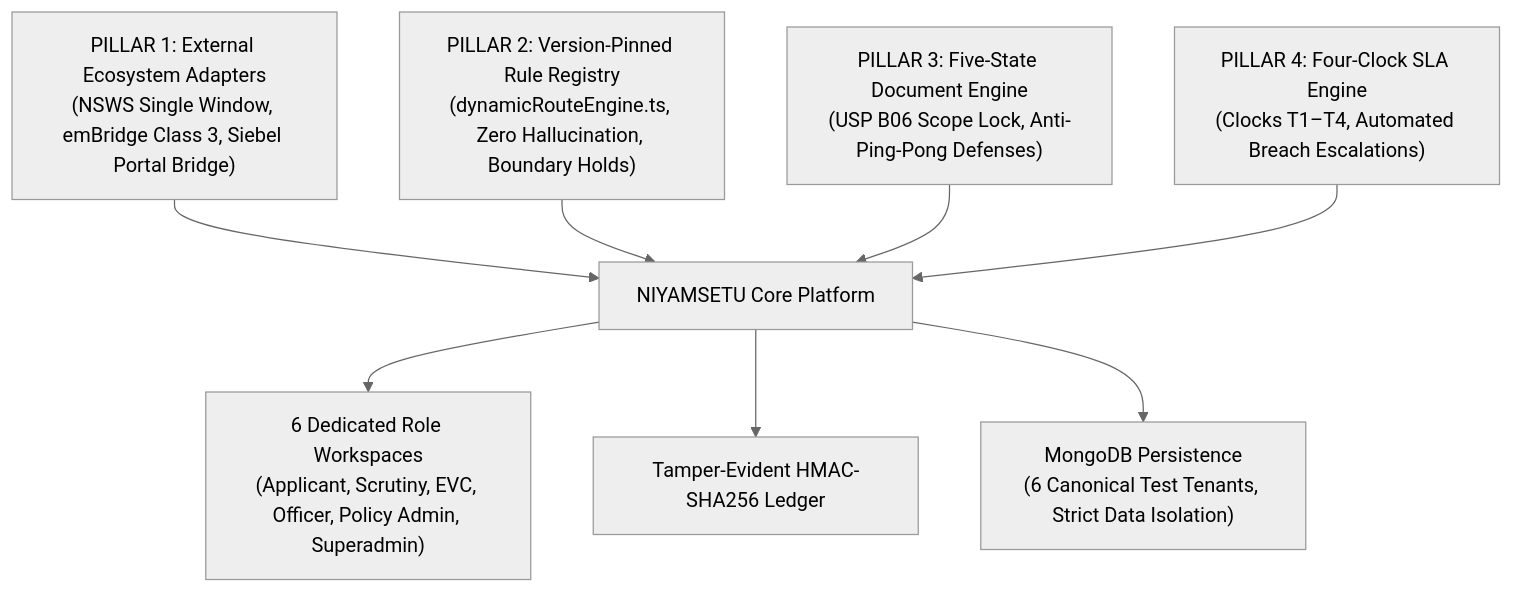
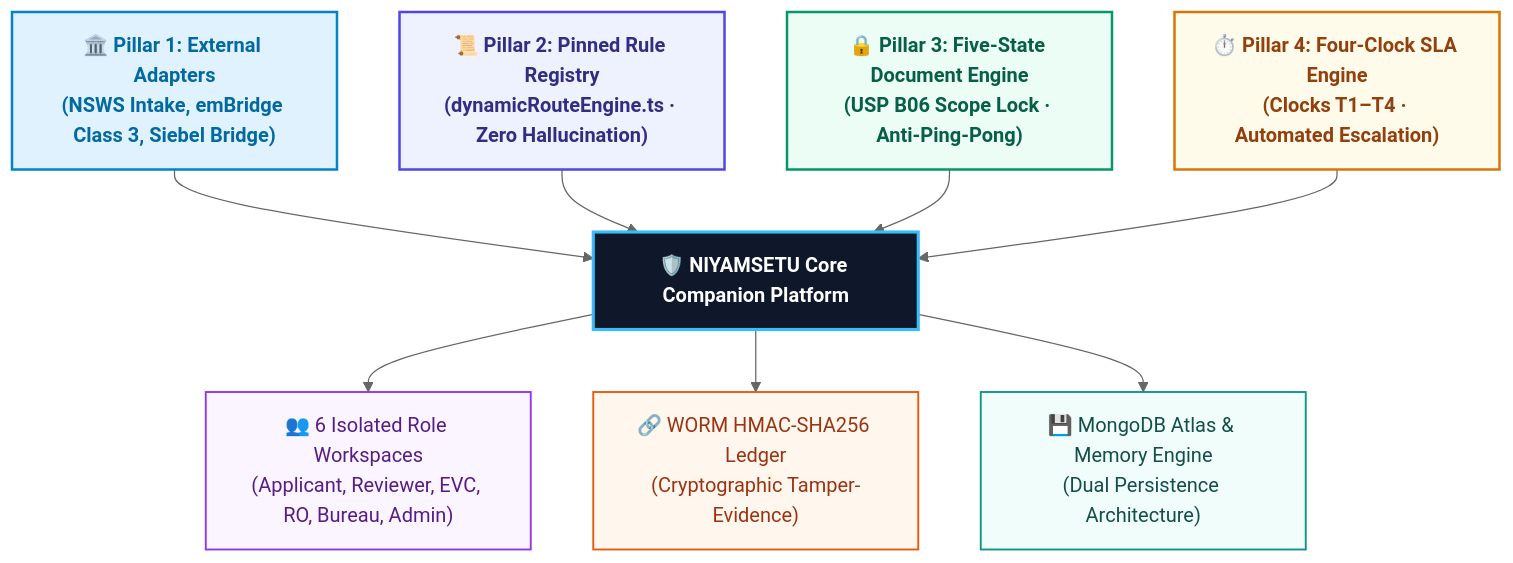
One commit to Parth-Chavan-15/SIH-2026-AICTE changed the first of 4 diagrams in README.md. Above: the diagram before and after it, drawn with Mermaid (neutral theme). The commit also changed other lines of this file and 11 other files, not shown here.

Commit message:
docs: regenerate canonical specifications, verification dossier, and finalize README with click-to-view diagrams

````diff
--- a/README.md
+++ b/README.md
@@ -96,16 +109,25 @@
 ```mermaid
 flowchart TD
-    P1["PILLAR 1: External Ecosystem Adapters\n(NSWS Single Window, emBridge Class 3, Siebel Portal Bridge)"]
-    P2["PILLAR 2: Version-Pinned Rule Registry\n(dynamicRouteEngine.ts, Zero Hallucination, Boundary Holds)"]
-    P3["PILLAR 3: Five-State Document Engine\n(USP B06 Scope Lock, Anti-Ping-Pong Defenses)"]
-    P4["PILLAR 4: Four-Clock SLA Engine\n(Clocks T1–T4, Automated Breach Escalations)"]
+    classDef p1 fill:#E0F2FE,stroke:#0284C7,stroke-width:2px,color:#0369A1,font-weight:bold;
+    classDef p2 fill:#EEF2FF,stroke:#4F46E5,stroke-width:2px,color:#312E81,font-weight:bold;
+    classDef p3 fill:#ECFDF5,stroke:#059669,stroke-width:2px,color:#065F46,font-weight:bold;
+    classDef p4 fill:#FFFBEB,stroke:#D97706,stroke-width:2px,color:#92400E,font-weight:bold;
+    classDef core fill:#0F172A,stroke:#38BDF8,stroke-width:2.5px,color:#FFFFFF,font-weight:bold;
+    classDef outW fill:#FAF5FF,stroke:#9333EA,stroke-width:1.5px,color:#581C87;
+    classDef outL fill:#FFF7ED,stroke:#EA580C,stroke-width:1.5px,color:#9A3412;
+    classDef outD fill:#F0FDFA,stroke:#0D9488,stroke-width:1.5px,color:#134E4A;
 
-    P1 --> CORE["NIYAMSETU Core Platform"]
+    P1["🏛️ Pillar 1: External Adapters<br/>(NSWS Intake, emBridge Class 3, Siebel Bridge)"]:::p1
+    P2["📜 Pillar 2: Pinned Rule Registry<br/>(dynamicRouteEngine.ts · Zero Hallucination)"]:::p2
+    P3["🔒 Pillar 3: Five-State Document Engine<br/>(USP B06 Scope Lock · Anti-Ping-Pong)"]:::p3
+    P4["⏱️ Pillar 4: Four-Clock SLA Engine<br/>(Clocks T1–T4 · Automated Escalation)"]:::p4
+
+    P1 --> CORE["🛡️ NIYAMSETU Core Companion Platform"]:::core
     P2 --> CORE
     P3 --> CORE
     P4 --> CORE
 
-    CORE --> WORKSPACES["6 Dedicated Role Workspaces\n(Applicant, Scrutiny, EVC, Officer, Policy Admin, Superadmin)"]
-    CORE --> LEDGER["Tamper-Evident HMAC-SHA256 Ledger"]
-    CORE --> DB["MongoDB Persistence\n(6 Canonical Test Tenants, Strict Data Isolation)"]
+    CORE --> W["👥 6 Isolated Role Workspaces<br/>(Applicant, Reviewer, EVC, RO, Bureau, Admin)"]:::outW
+    CORE --> L["🔗 WORM HMAC-SHA256 Ledger<br/>(Cryptographic Tamper-Evidence)"]:::outL
+    CORE --> D["💾 MongoDB Atlas & Memory Engine<br/>(Dual Persistence Architecture)"]:::outD
 ```
````
